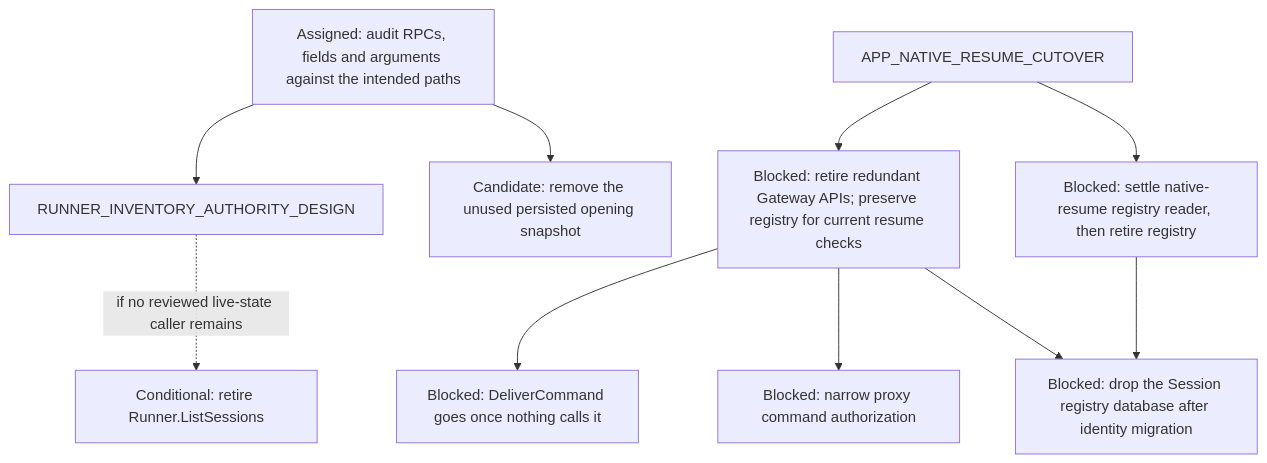
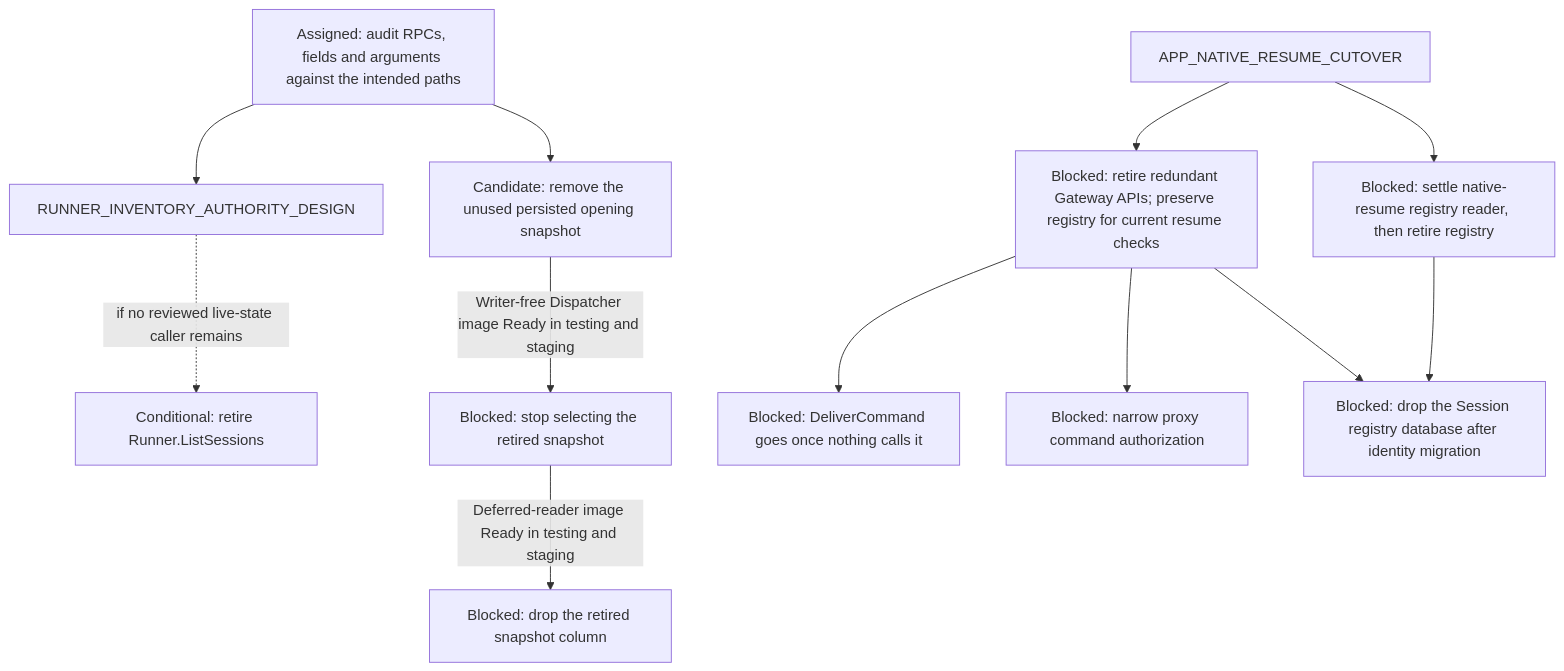
Before and after one commit to agentydragon-agent/ducktape: diagram 15 of 17 in agentplane/plans/task_dag.md, drawn with Mermaid. The commit also changed other lines of this file and 20 other files, not shown here.

First line of the commit message:
Agentplane: retire completed DAG nodes and opening snapshot (#10675)

````diff
--- a/agentplane/plans/task_dag.md
+++ b/agentplane/plans/task_dag.md
@@ -1290,18 +1275,20 @@
 ```mermaid
 flowchart TD
     RUNNER_COMMAND_RPCS[Blocked: DeliverCommand goes once nothing calls it]
     CONTROL_SURFACE_RETIREMENT_AUDIT[Assigned: audit RPCs, fields and arguments against the intended paths]
     CONTROL_SURFACE_RETIREMENT_AUDIT --> RUNNER_INVENTORY_AUTHORITY_DESIGN
     RUNNER_INVENTORY_AUTHORITY_DESIGN -. if no reviewed live-state caller remains .-> RUNNER_LIST_SESSIONS_RETIRE[Conditional: retire Runner.ListSessions]
     CONTROL_SURFACE_RETIREMENT_AUDIT --> DISPATCHER_OPENING_ATTACHED_RETIRE[Candidate: remove the unused persisted opening snapshot]
+    DISPATCHER_OPENING_ATTACHED_RETIRE -->|Writer-free Dispatcher image Ready in testing and staging| DISPATCHER_OPENING_ATTACHED_READ_RETIRE[Blocked: stop selecting the retired snapshot]
+    DISPATCHER_OPENING_ATTACHED_READ_RETIRE -->|Deferred-reader image Ready in testing and staging| DISPATCHER_OPENING_ATTACHED_COLUMN_DROP[Blocked: drop the retired snapshot column]
     GATEWAY_WRAPPER_RETIRE --> RUNNER_COMMAND_RPCS
     GATEWAY_WRAPPER_RETIRE[Blocked: retire redundant Gateway APIs; preserve registry for current resume checks]
     APP_NATIVE_RESUME_CUTOVER --> GATEWAY_WRAPPER_RETIRE
     GATEWAY_DATABASE_DROP[Blocked: drop the Session registry database after identity migration]
     PROXY_START_METHODS_DISPATCHER_ONLY[Blocked: narrow proxy command authorization]
     GATEWAY_WRAPPER_RETIRE --> PROXY_START_METHODS_DISPATCHER_ONLY
     GATEWAY_WRAPPER_RETIRE --> GATEWAY_DATABASE_DROP
     GATEWAY_SESSION_REGISTRY_RETIRE[Blocked: settle native-resume registry reader, then retire registry]
     APP_NATIVE_RESUME_CUTOVER --> GATEWAY_SESSION_REGISTRY_RETIRE
     GATEWAY_SESSION_REGISTRY_RETIRE --> GATEWAY_DATABASE_DROP
 ```
````
